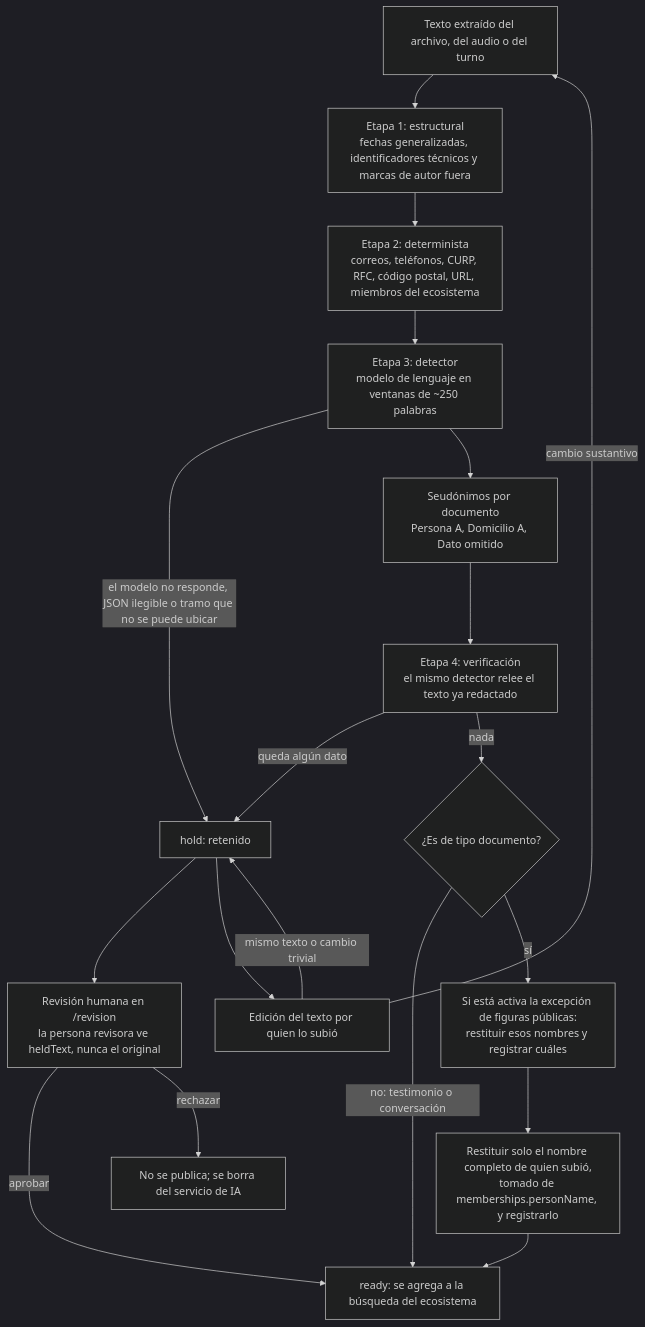
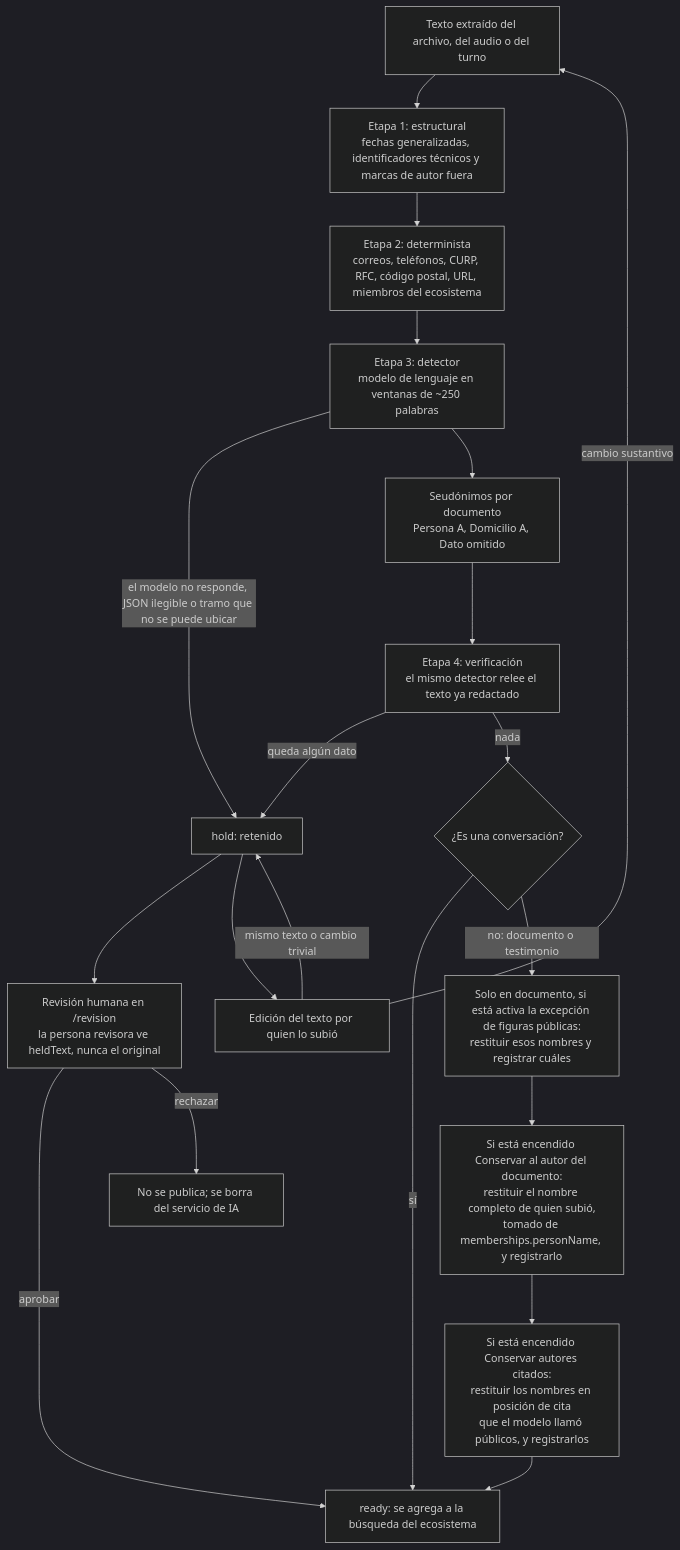
Before and after one commit to ecosistemas-de-conocimiento/ecosistemas-de-conocimiento: the first of 2 diagrams in docs/06-privacidad-y-seguridad/proteccion-de-datos.md, drawn with Mermaid (dark theme). The commit also changed other lines of this file and 11 other files, not shown here.

First line of the commit message:
docs: anonimizar todo por omisión y conservar nombres por documento (ADR-0020)

````diff
--- a/docs/06-privacidad-y-seguridad/proteccion-de-datos.md
+++ b/docs/06-privacidad-y-seguridad/proteccion-de-datos.md
@@ -113,21 +122,22 @@
 ```mermaid
 flowchart TD
   A[Texto extraído del archivo, del audio o del turno] --> B[Etapa 1: estructural<br/>fechas generalizadas, identificadores técnicos y marcas de autor fuera]
   B --> C[Etapa 2: determinista<br/>correos, teléfonos, CURP, RFC, código postal, URL, miembros del ecosistema]
   C --> D[Etapa 3: detector<br/>modelo de lenguaje en ventanas de ~250 palabras]
   D -->|el modelo no responde, JSON ilegible o tramo que no se puede ubicar| H[hold: retenido]
   D --> P[Seudónimos por documento<br/>Persona A, Domicilio A, Dato omitido]
   P --> V[Etapa 4: verificación<br/>el mismo detector relee el texto ya redactado]
   V -->|queda algún dato| H
-  V -->|nada| F{¿Es de tipo documento?}
-  F -->|no: testimonio o conversación| R[ready: se agrega a la búsqueda del ecosistema]
-  F -->|sí| FR[Si está activa la excepción de figuras públicas:<br/>restituir esos nombres y registrar cuáles]
-  FR --> AU[Restituir solo el nombre completo de quien subió,<br/>tomado de memberships.personName, y registrarlo]
-  AU --> R
+  V -->|nada| F{¿Es una conversación?}
+  F -->|sí| R[ready: se agrega a la búsqueda del ecosistema]
+  F -->|no: documento o testimonio| FR[Solo en documento, si está activa la excepción de figuras públicas:<br/>restituir esos nombres y registrar cuáles]
+  FR --> AU[Si está encendido Conservar al autor del documento:<br/>restituir el nombre completo de quien subió,<br/>tomado de memberships.personName, y registrarlo]
+  AU --> CI[Si está encendido Conservar autores citados:<br/>restituir los nombres en posición de cita<br/>que el modelo llamó públicos, y registrarlos]
+  CI --> R
   H --> RV[Revisión humana en /revision<br/>la persona revisora ve heldText, nunca el original]
   RV -->|aprobar| R
   RV -->|rechazar| X[No se publica; se borra del servicio de IA]
   H --> E[Edición del texto por quien lo subió]
   E -->|cambio sustantivo| A
   E -->|mismo texto o cambio trivial| H
 ```
````
